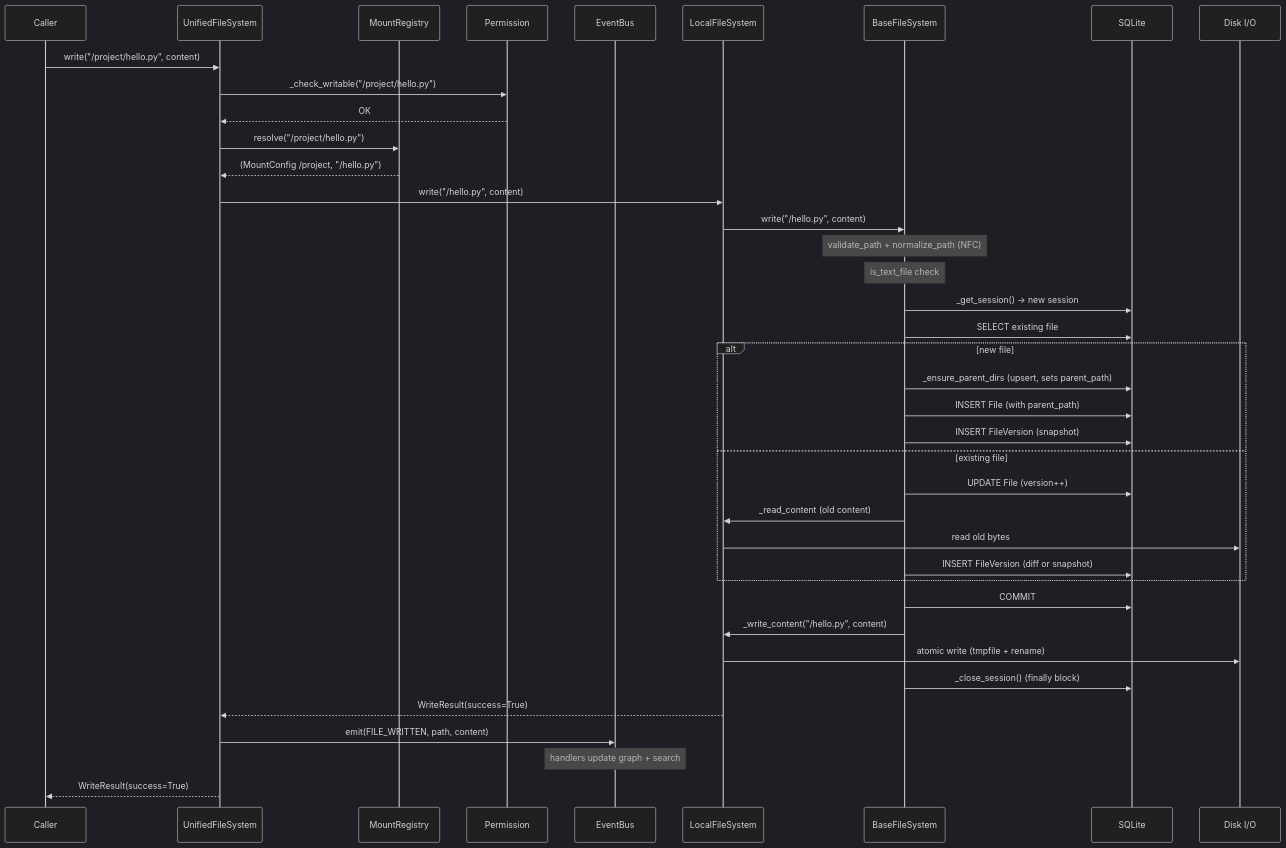
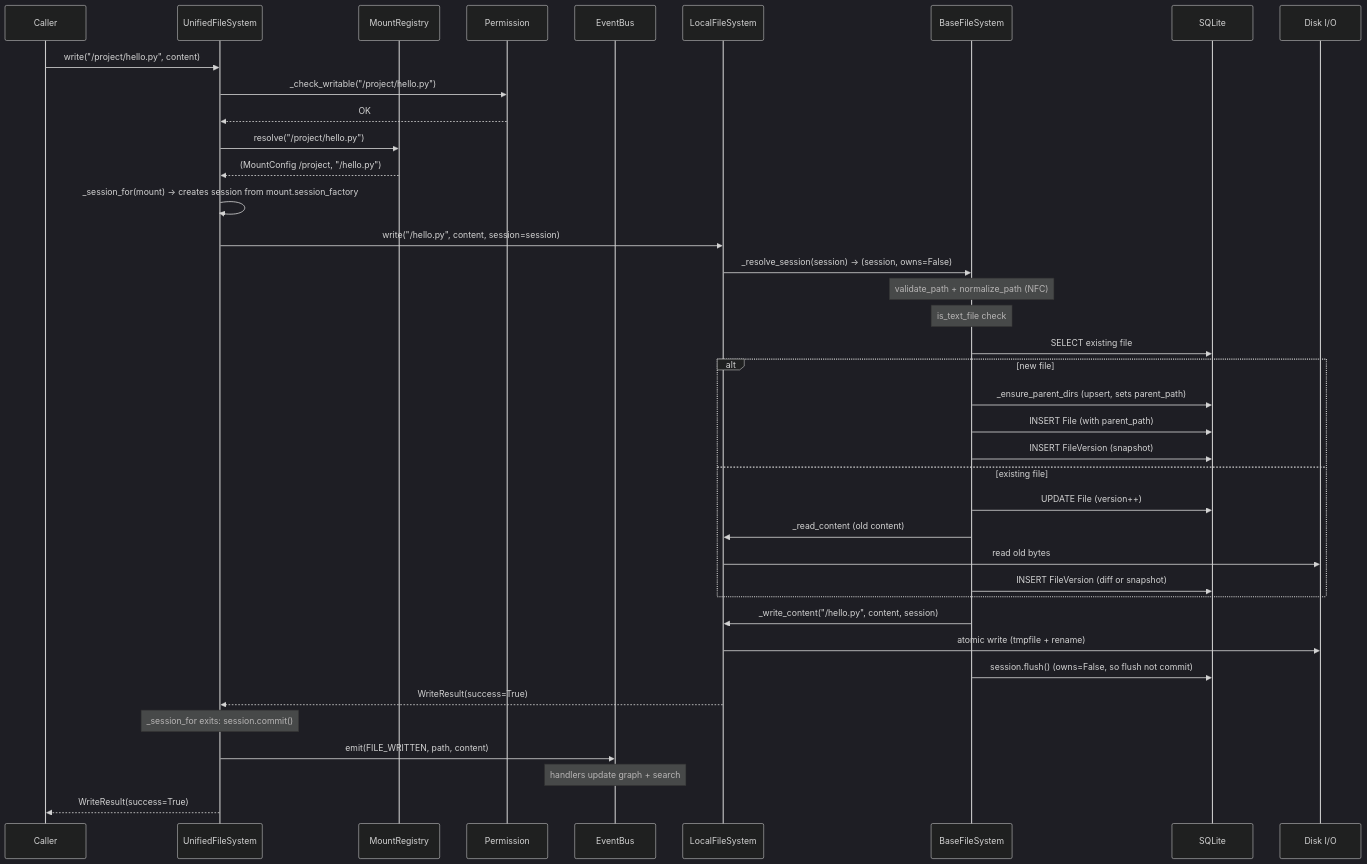
One commit to ClayGendron/grover changed the second of 10 diagrams in docs/fs_architecture.md. Above: the diagram before and after it, drawn with Mermaid (dark theme). The commit also changed other lines of this file and 8 other files, not shown here.

First line of the commit message:
Unify LFS session management: UFS injects sessions for all mounts

````diff
--- a/docs/fs_architecture.md
+++ b/docs/fs_architecture.md
@@ -104,50 +112,51 @@
 ```mermaid
 sequenceDiagram
     participant C as Caller
     participant UFS as UnifiedFileSystem
     participant MR as MountRegistry
     participant P as Permission
     participant EB as EventBus
     participant LFS as LocalFileSystem
     participant BFS as BaseFileSystem
     participant DB as SQLite
     participant Disk as Disk I/O
 
     C->>UFS: write("/project/hello.py", content)
     UFS->>P: _check_writable("/project/hello.py")
     P-->>UFS: OK
 
     UFS->>MR: resolve("/project/hello.py")
     MR-->>UFS: (MountConfig /project, "/hello.py")
 
-    UFS->>LFS: write("/hello.py", content)
-    LFS->>BFS: write("/hello.py", content)
+    UFS->>UFS: _session_for(mount) → creates session from mount.session_factory
+    UFS->>LFS: write("/hello.py", content, session=session)
+    LFS->>BFS: _resolve_session(session) → (session, owns=False)
 
     Note over BFS: validate_path + normalize_path (NFC)
     Note over BFS: is_text_file check
 
-    BFS->>DB: _get_session() → new session
     BFS->>DB: SELECT existing file
     alt new file
         BFS->>DB: _ensure_parent_dirs (upsert, sets parent_path)
         BFS->>DB: INSERT File (with parent_path)
         BFS->>DB: INSERT FileVersion (snapshot)
     else existing file
         BFS->>DB: UPDATE File (version++)
         BFS->>LFS: _read_content (old content)
         LFS->>Disk: read old bytes
         BFS->>DB: INSERT FileVersion (diff or snapshot)
     end
 
-    BFS->>DB: COMMIT
-    BFS->>LFS: _write_content("/hello.py", content)
+    BFS->>LFS: _write_content("/hello.py", content, session)
     LFS->>Disk: atomic write (tmpfile + rename)
-    BFS->>DB: _close_session() (finally block)
+    BFS->>DB: session.flush() (owns=False, so flush not commit)
 
     LFS-->>UFS: WriteResult(success=True)
+
+    Note over UFS: _session_for exits: session.commit()
 
     UFS->>EB: emit(FILE_WRITTEN, path, content)
     Note over EB: handlers update graph + search
 
     UFS-->>C: WriteResult(success=True)
 ```
````
